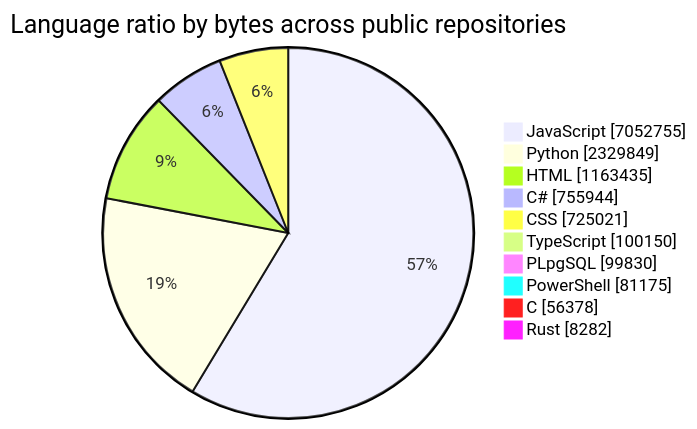
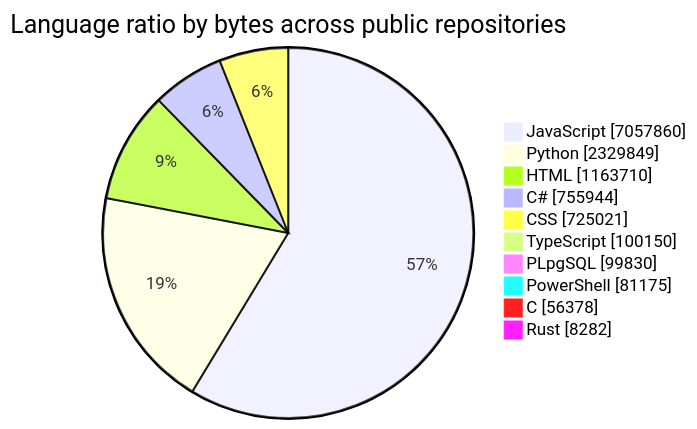
The first of 2 diagrams in README.md (tchinso/tchinso), drawn with Mermaid before and after one commit. The commit also changed other lines of this file, not shown here.

````diff
--- a/README.md
+++ b/README.md
@@ -27,14 +27,14 @@
 ```mermaid
 pie showData
     title Language ratio by bytes across public repositories
-    "JavaScript" : 7052755
+    "JavaScript" : 7057860
     "Python" : 2329849
-    "HTML" : 1163435
+    "HTML" : 1163710
     "C#" : 755944
     "CSS" : 725021
     "TypeScript" : 100150
     "PLpgSQL" : 99830
     "PowerShell" : 81175
     "C" : 56378
     "Rust" : 8282
 ```
````
